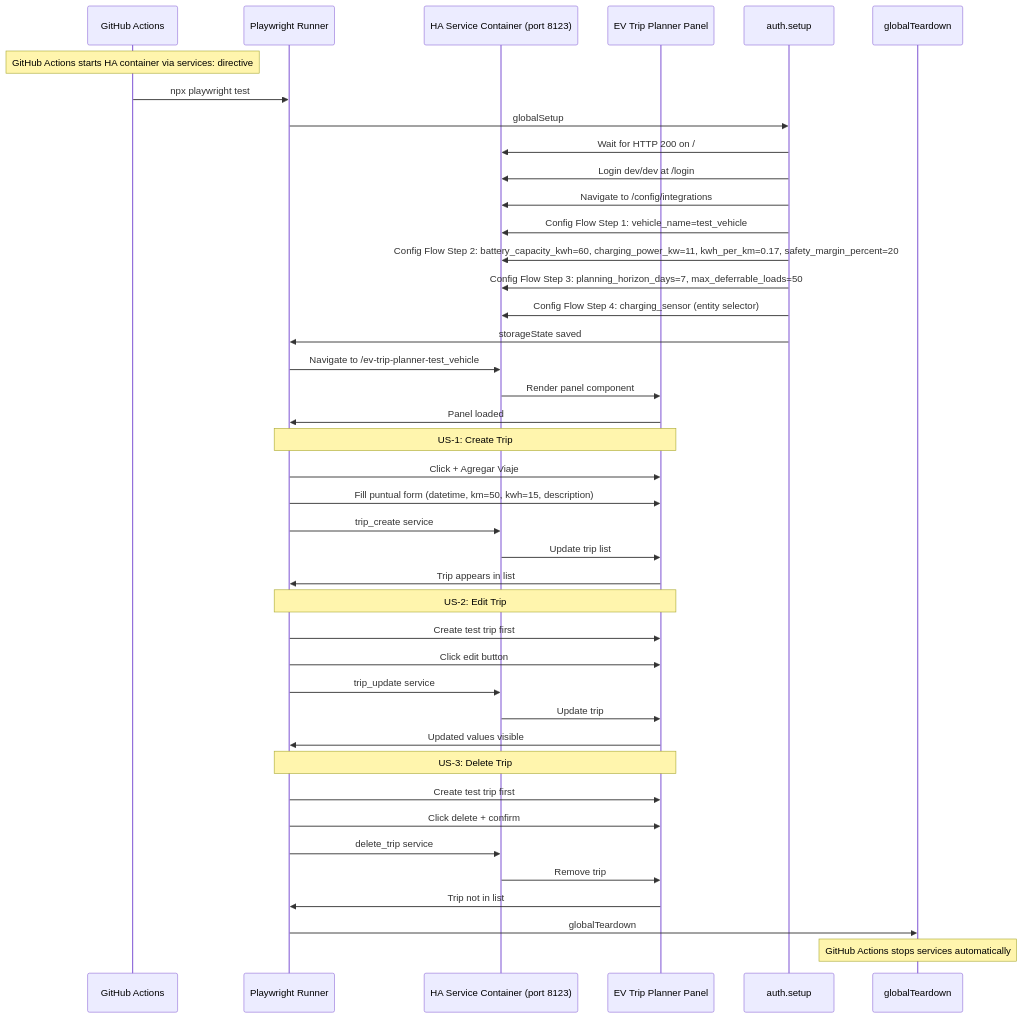
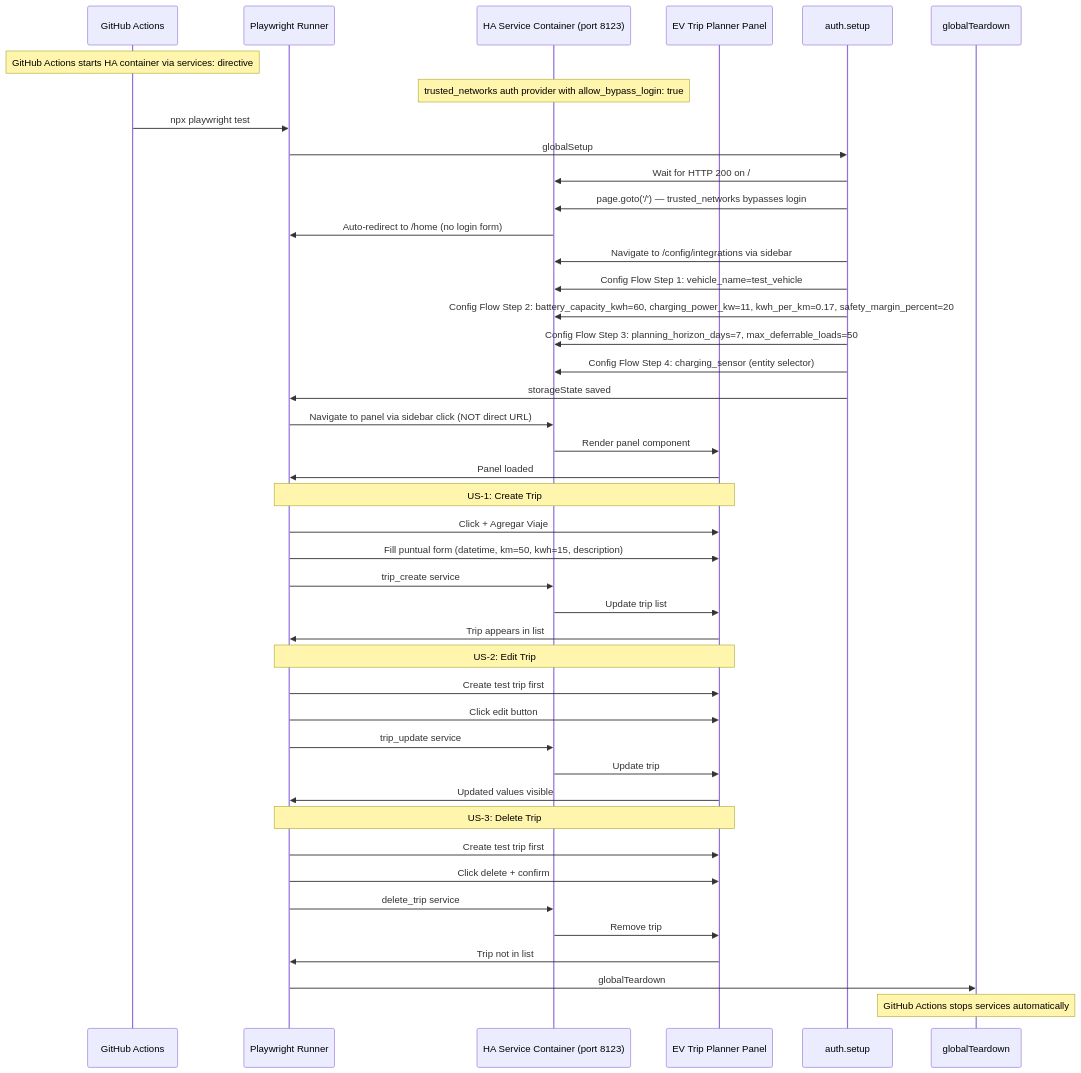
The second of 2 diagrams in specs/e2e-trip-crud/design.md (informatico-madrid/ha-ev-trip-planner), drawn with Mermaid before and after one commit. The commit also changed other lines of this file and 4 other files, not shown here.

````diff
--- a/specs/e2e-trip-crud/design.md
+++ b/specs/e2e-trip-crud/design.md
@@ -246,47 +260,49 @@
 ```mermaid
 sequenceDiagram
     participant CI as GitHub Actions
     participant Playwright as Playwright Runner
     participant HA as HA Service Container (port 8123)
     participant Panel as EV Trip Planner Panel
 
     Note over CI: GitHub Actions starts HA container via services: directive
+    Note over HA: trusted_networks auth provider with allow_bypass_login: true
     CI->>Playwright: npx playwright test
     Playwright->>auth.setup: globalSetup
     auth.setup->>HA: Wait for HTTP 200 on /
-    auth.setup->>HA: Login dev/dev at /login
-    auth.setup->>HA: Navigate to /config/integrations
+    auth.setup->>HA: page.goto('/') — trusted_networks bypasses login
+    HA->>Playwright: Auto-redirect to /home (no login form)
+    auth.setup->>HA: Navigate to /config/integrations via sidebar
     auth.setup->>HA: Config Flow Step 1: vehicle_name=test_vehicle
     auth.setup->>HA: Config Flow Step 2: battery_capacity_kwh=60, charging_power_kw=11, kwh_per_km=0.17, safety_margin_percent=20
     auth.setup->>HA: Config Flow Step 3: planning_horizon_days=7, max_deferrable_loads=50
     auth.setup->>HA: Config Flow Step 4: charging_sensor (entity selector)
     auth.setup->>Playwright: storageState saved
 
-    Playwright->>HA: Navigate to /ev-trip-planner-test_vehicle
+    Playwright->>HA: Navigate to panel via sidebar click (NOT direct URL)
     HA->>Panel: Render panel component
     Panel->>Playwright: Panel loaded
 
     Note over Playwright,Panel: US-1: Create Trip
     Playwright->>Panel: Click + Agregar Viaje
     Playwright->>Panel: Fill puntual form (datetime, km=50, kwh=15, description)
     Playwright->>HA: trip_create service
     HA->>Panel: Update trip list
     Panel->>Playwright: Trip appears in list
 
     Note over Playwright,Panel: US-2: Edit Trip
     Playwright->>Panel: Create test trip first
     Playwright->>Panel: Click edit button
     Playwright->>HA: trip_update service
     HA->>Panel: Update trip
     Panel->>Playwright: Updated values visible
 
     Note over Playwright,Panel: US-3: Delete Trip
     Playwright->>Panel: Create test trip first
     Playwright->>Panel: Click delete + confirm
     Playwright->>HA: delete_trip service
     HA->>Panel: Remove trip
     Panel->>Playwright: Trip not in list
 
     Playwright->>globalTeardown: globalTeardown
     Note over globalTeardown: GitHub Actions stops services automatically
 ```
````
